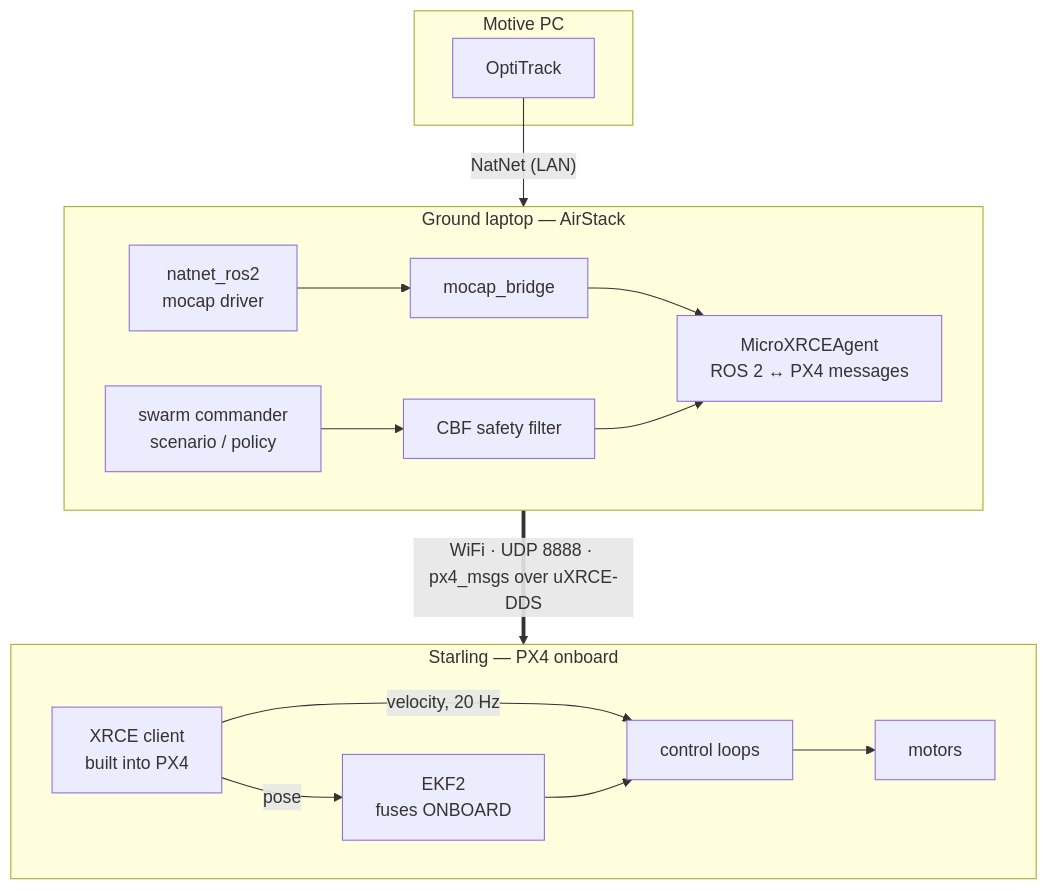
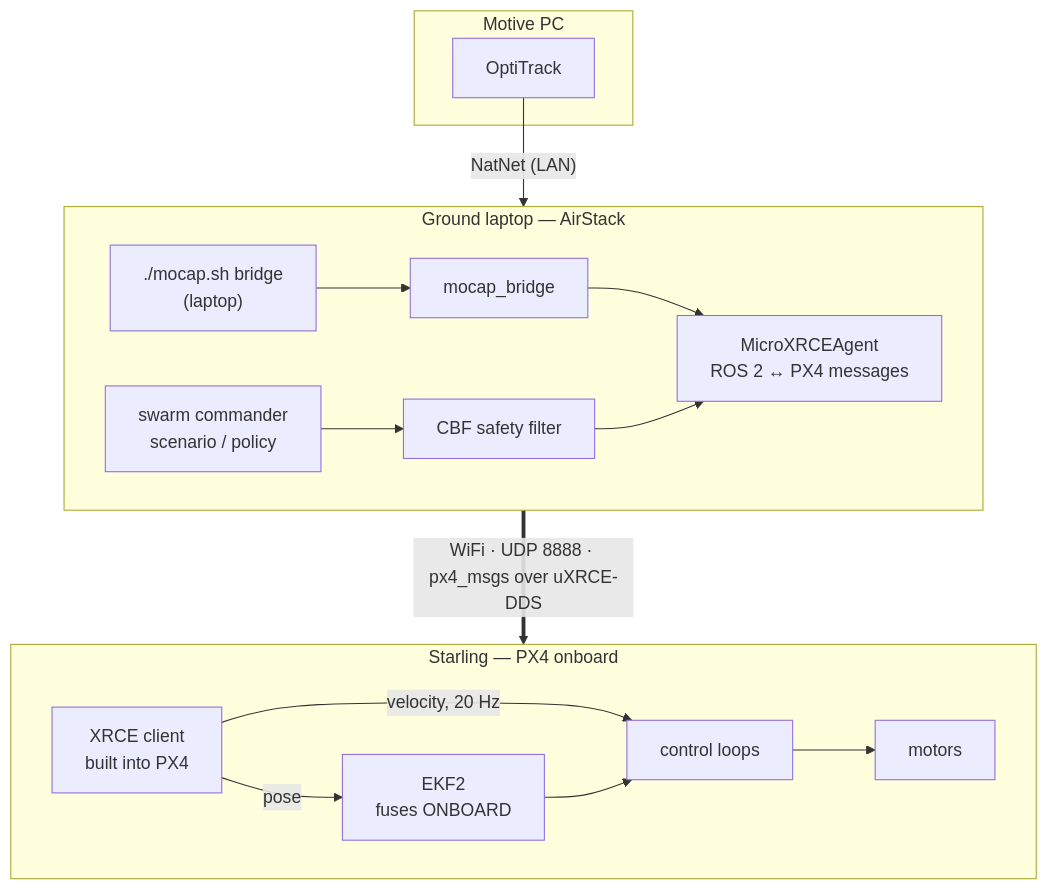
One commit to AI-DA-STC/AirStack-starling-max2 changed the first of 2 diagrams in README.md. Above: the diagram before and after it, drawn with Mermaid. The commit also changed other lines of this file and 4 other files, not shown here.

````diff
--- a/README.md
+++ b/README.md
@@ -107,19 +116,19 @@
 ```mermaid
 flowchart TD
   subgraph MOTIVE["Motive PC"]
     M["OptiTrack"]
   end
   subgraph LAPTOP["Ground laptop — AirStack"]
     direction LR
-    N["natnet_ros2<br/>mocap driver"] --> B["mocap_bridge"] --> X["MicroXRCEAgent<br/>ROS 2 ↔ PX4 messages"]
+    N["./mocap.sh bridge<br/>(laptop)"] --> B["mocap_bridge"] --> X["MicroXRCEAgent<br/>ROS 2 ↔ PX4 messages"]
     P["swarm commander<br/>scenario / policy"] --> C["CBF safety filter"] --> X
   end
   subgraph DRONE["Starling — PX4 onboard"]
     direction LR
     K["XRCE client<br/>built into PX4"] -- "pose" --> E["EKF2<br/>fuses ONBOARD"]
     K -- "velocity, 20 Hz" --> L["control loops"]
     E --> L --> R["motors"]
   end
   M -- "NatNet (LAN)" --> N
   X == "WiFi · UDP 8888 · px4_msgs over uXRCE-DDS" ==> K
 ```
````
